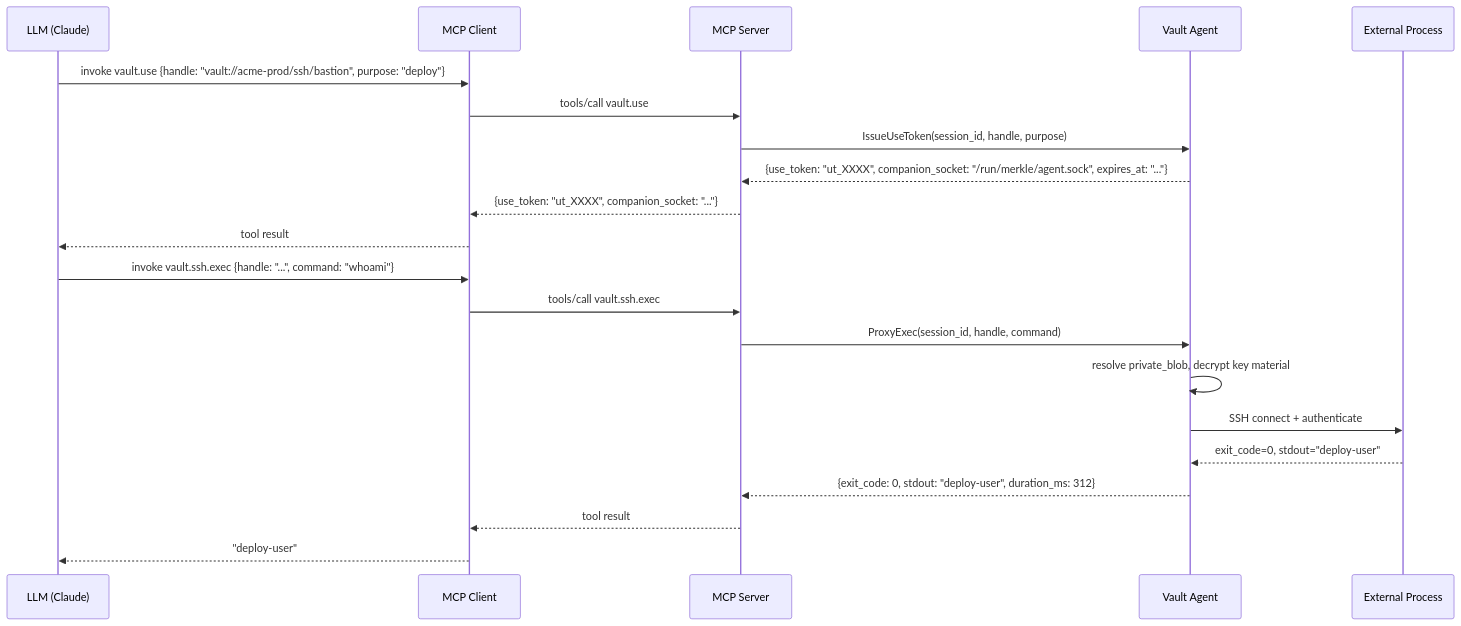
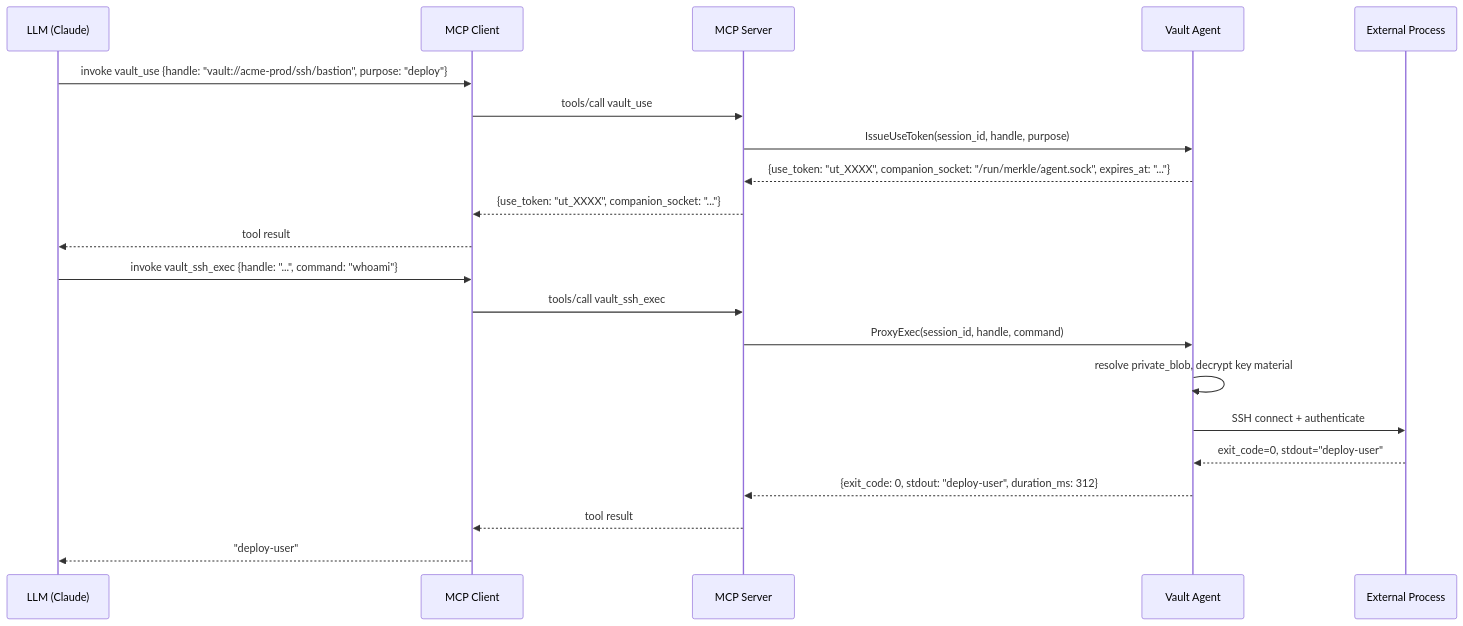
One commit to farchanjo/merkle changed the second of 3 diagrams in docs/arch/integrations/mcp-protocol.md. Above: the diagram before and after it, drawn with Mermaid. The commit also changed other lines of this file and 6 other files, not shown here.

````diff
--- a/docs/arch/integrations/mcp-protocol.md
+++ b/docs/arch/integrations/mcp-protocol.md
@@ -949,24 +953,24 @@
 ```mermaid
 sequenceDiagram
     participant LLM as LLM (Claude)
     participant Client as MCP Client
     participant Server as MCP Server
     participant Agent as Vault Agent
     participant Proc as External Process
 
-    LLM->>Client: invoke vault.use {handle: "vault://acme-prod/ssh/bastion", purpose: "deploy"}
-    Client->>Server: tools/call vault.use
+    LLM->>Client: invoke vault_use {handle: "vault://acme-prod/ssh/bastion", purpose: "deploy"}
+    Client->>Server: tools/call vault_use
     Server->>Agent: IssueUseToken(session_id, handle, purpose)
     Agent-->>Server: {use_token: "ut_XXXX", companion_socket: "/run/merkle/agent.sock", expires_at: "..."}
     Server-->>Client: {use_token: "ut_XXXX", companion_socket: "..."}
     Client-->>LLM: tool result
-    LLM->>Client: invoke vault.ssh.exec {handle: "...", command: "whoami"}
-    Client->>Server: tools/call vault.ssh.exec
+    LLM->>Client: invoke vault_ssh_exec {handle: "...", command: "whoami"}
+    Client->>Server: tools/call vault_ssh_exec
     Server->>Agent: ProxyExec(session_id, handle, command)
     Agent->>Agent: resolve private_blob, decrypt key material
     Agent->>Proc: SSH connect + authenticate
     Proc-->>Agent: exit_code=0, stdout="deploy-user"
     Agent-->>Server: {exit_code: 0, stdout: "deploy-user", duration_ms: 312}
     Server-->>Client: tool result
     Client-->>LLM: "deploy-user"
 ```
````
